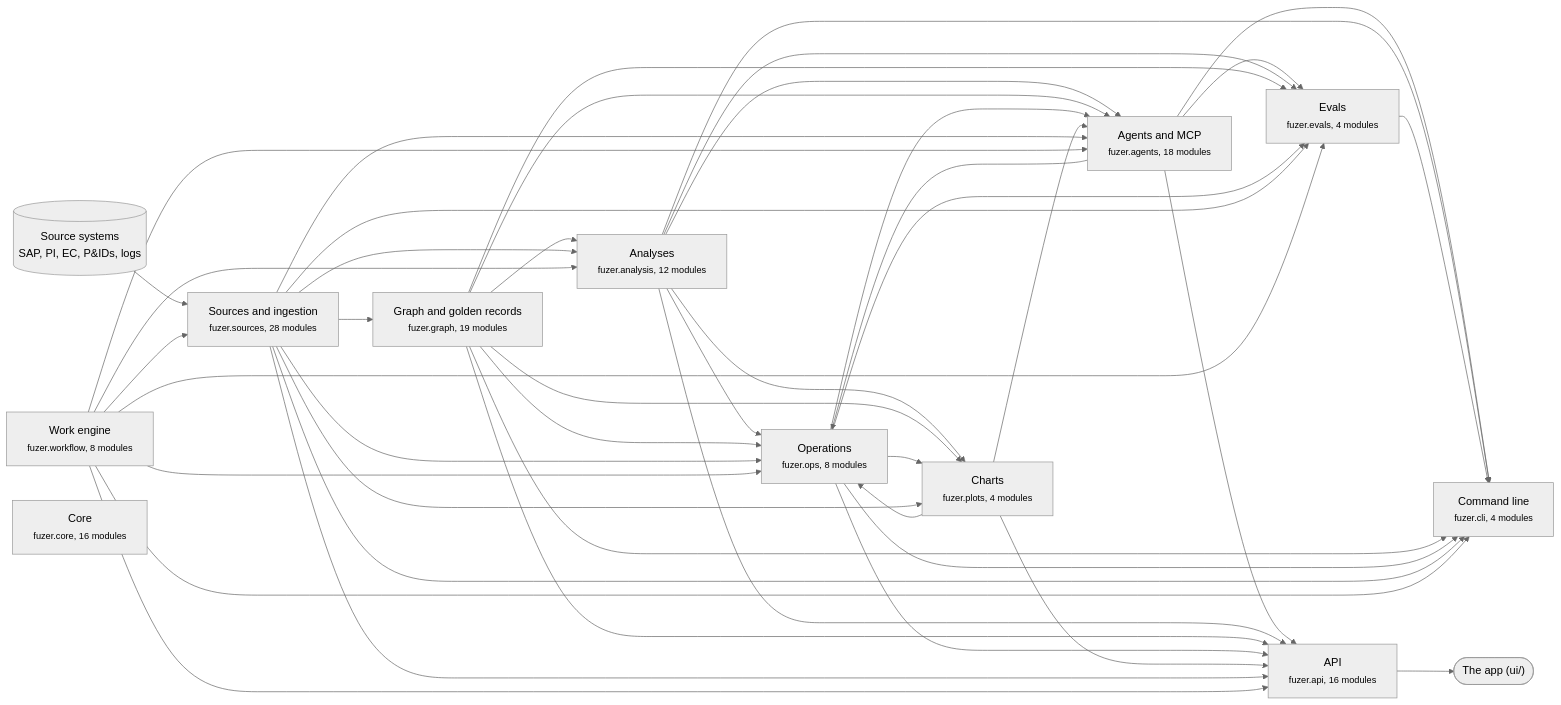
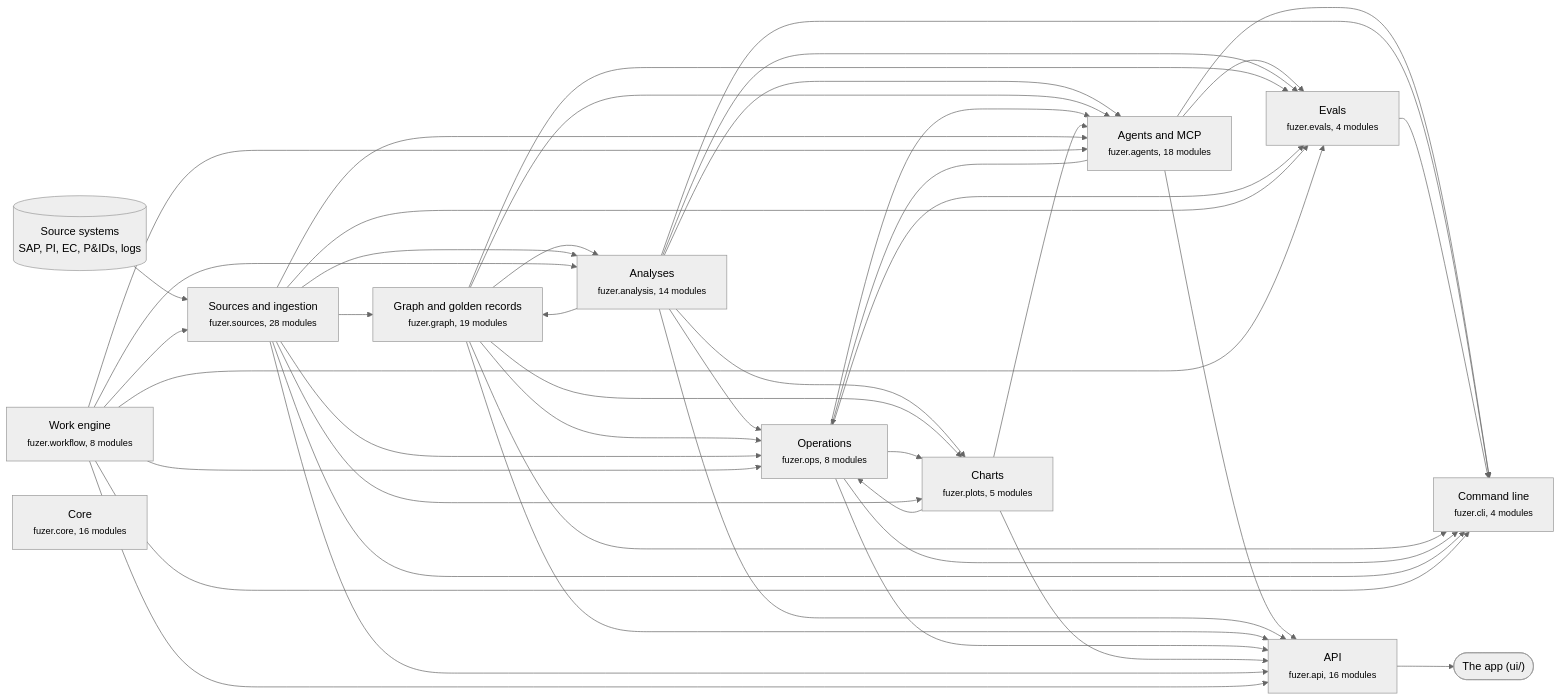
Before and after one commit to areed145/fuzer: the first of 3 diagrams in docs/architecture.md, drawn with Mermaid (neutral theme). The commit also changed other lines of this file and 39 other files, not shown here.

First line of the commit message:
Move production charts to Home and name Okan's capacity bottleneck

````diff
--- a/docs/architecture.md
+++ b/docs/architecture.md
@@ -8,69 +8,70 @@
 ```mermaid
 flowchart LR
   systems[("Source systems<br>SAP, PI, EC, P&IDs, logs")] --> c_sources
   app(["The app (ui/)"])
   c_api --> app
   c_sources["Sources and ingestion<br><small>fuzer.sources, 28 modules</small>"]
   c_graph["Graph and golden records<br><small>fuzer.graph, 19 modules</small>"]
-  c_analysis["Analyses<br><small>fuzer.analysis, 12 modules</small>"]
+  c_analysis["Analyses<br><small>fuzer.analysis, 14 modules</small>"]
   c_ops["Operations<br><small>fuzer.ops, 8 modules</small>"]
-  c_plots["Charts<br><small>fuzer.plots, 4 modules</small>"]
+  c_plots["Charts<br><small>fuzer.plots, 5 modules</small>"]
   c_workflow["Work engine<br><small>fuzer.workflow, 8 modules</small>"]
   c_agents["Agents and MCP<br><small>fuzer.agents, 18 modules</small>"]
   c_evals["Evals<br><small>fuzer.evals, 4 modules</small>"]
   c_api["API<br><small>fuzer.api, 16 modules</small>"]
   c_cli["Command line<br><small>fuzer.cli, 4 modules</small>"]
   c_core["Core<br><small>fuzer.core, 16 modules</small>"]
   c_workflow --> c_sources
+  c_analysis --> c_graph
   c_sources --> c_graph
   c_graph --> c_analysis
   c_sources --> c_analysis
   c_workflow --> c_analysis
   c_agents --> c_ops
   c_analysis --> c_ops
   c_graph --> c_ops
   c_plots --> c_ops
   c_sources --> c_ops
   c_workflow --> c_ops
   c_analysis --> c_plots
   c_graph --> c_plots
   c_ops --> c_plots
   c_sources --> c_plots
   c_analysis --> c_agents
   c_graph --> c_agents
   c_ops --> c_agents
   c_plots --> c_agents
   c_sources --> c_agents
   c_workflow --> c_agents
   c_agents --> c_evals
   c_analysis --> c_evals
   c_graph --> c_evals
   c_ops --> c_evals
   c_sources --> c_evals
   c_workflow --> c_evals
   c_agents --> c_api
   c_analysis --> c_api
   c_graph --> c_api
   c_ops --> c_api
   c_plots --> c_api
   c_sources --> c_api
   c_workflow --> c_api
   c_agents --> c_cli
   c_analysis --> c_cli
   c_evals --> c_cli
   c_graph --> c_cli
   c_ops --> c_cli
   c_sources --> c_cli
   c_workflow --> c_cli
   click c_sources "https://github.com/areed145/fuzer/tree/main/src/fuzer/sources"
   click c_graph "https://github.com/areed145/fuzer/tree/main/src/fuzer/graph"
   click c_analysis "https://github.com/areed145/fuzer/tree/main/src/fuzer/analysis"
   click c_ops "https://github.com/areed145/fuzer/tree/main/src/fuzer/ops"
   click c_plots "https://github.com/areed145/fuzer/tree/main/src/fuzer/plots"
   click c_workflow "https://github.com/areed145/fuzer/tree/main/src/fuzer/workflow"
   click c_agents "https://github.com/areed145/fuzer/tree/main/src/fuzer/agents"
   click c_evals "https://github.com/areed145/fuzer/tree/main/src/fuzer/evals"
   click c_api "https://github.com/areed145/fuzer/tree/main/src/fuzer/api"
   click c_cli "https://github.com/areed145/fuzer/tree/main/src/fuzer/cli"
   click c_core "https://github.com/areed145/fuzer/tree/main/src/fuzer/core"
 ```
````
